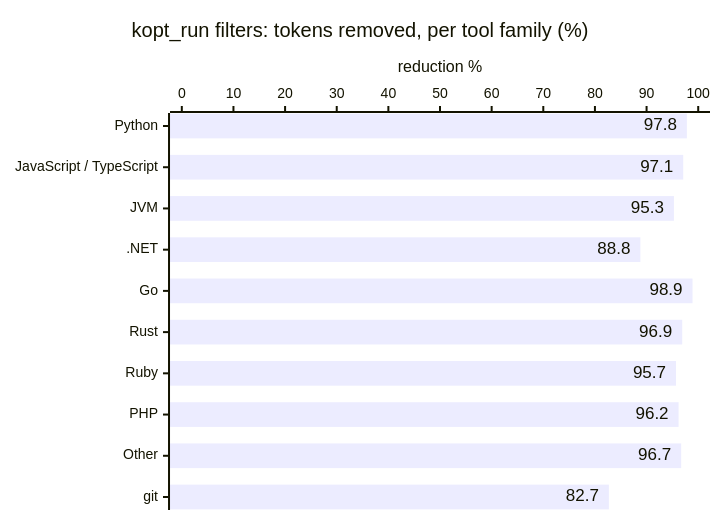
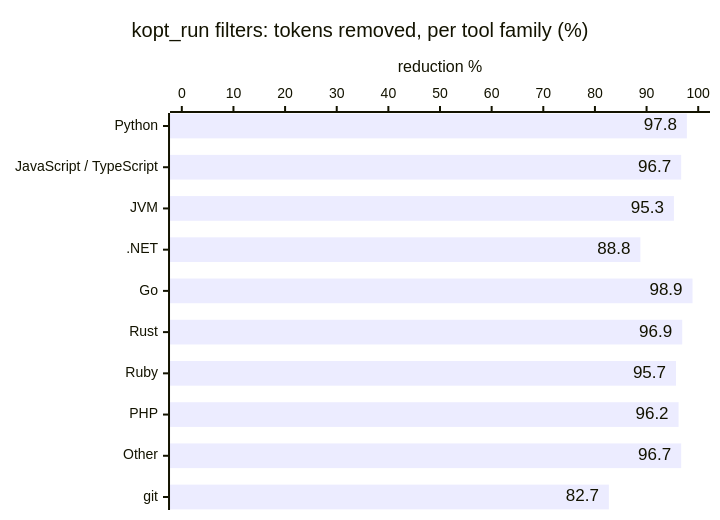
Before and after one commit to dorian-richard/kiro-optimizer: the fourth of 4 diagrams in docs/BENCHMARKS.md, drawn with Mermaid. The commit also changed other lines of this file and 20 other files, not shown here.

````diff
--- a/docs/BENCHMARKS.md
+++ b/docs/BENCHMARKS.md
@@ -277,8 +278,8 @@
 ```mermaid
 %%{init: {"xyChart": {"showDataLabel": true}}}%%
 xychart-beta horizontal
   title "kopt_run filters: tokens removed, per tool family (%)"
   x-axis ["Python", "JavaScript / TypeScript", "JVM", ".NET", "Go", "Rust", "Ruby", "PHP", "Other", "git"]
   y-axis "reduction %" 0 --> 100
-  bar [97.8, 97.1, 95.3, 88.8, 98.9, 96.9, 95.7, 96.2, 96.7, 82.7]
+  bar [97.8, 96.7, 95.3, 88.8, 98.9, 96.9, 95.7, 96.2, 96.7, 82.7]
 ```
````
